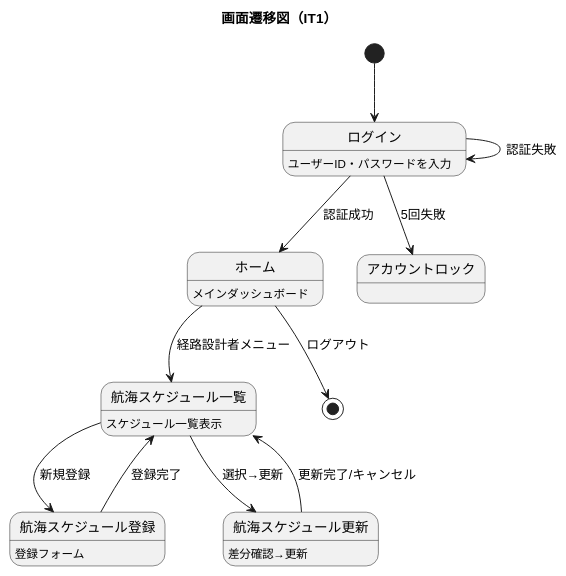
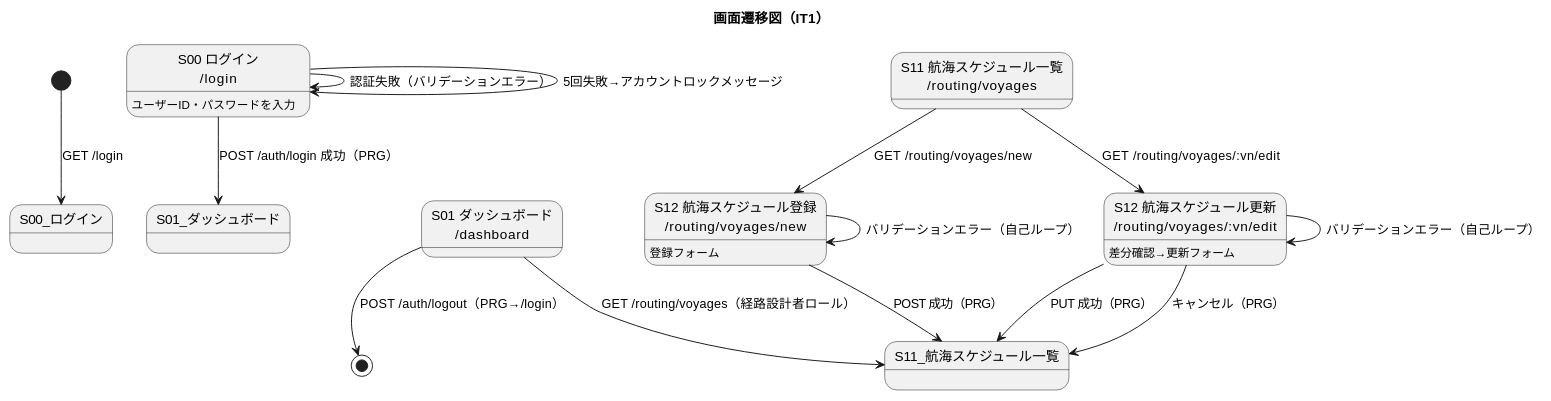
The seventh of 7 diagrams in docs/development/iteration_plan-1.md (k2works/case-study-cargo-tracker), drawn with PlantUML before and after one commit. The commit also changed other lines of this file, not shown here.

````diff
--- a/docs/development/iteration_plan-1.md
+++ b/docs/development/iteration_plan-1.md
@@ -299,26 +487,29 @@
 ```plantuml
 @startuml
 title 画面遷移図（IT1）
 
-[*] --> ログイン
+[*] --> S00_ログイン : GET /login
 
-state ログイン : ユーザーID・パスワードを入力
-ログイン --> ホーム : 認証成功
-ログイン --> ログイン : 認証失敗
-ログイン --> アカウントロック : 5回失敗
+state "S00 ログイン\n/login" as S00 : ユーザーID・パスワードを入力
+S00 --> S00 : 認証失敗（バリデーションエラー）
+S00 --> S00 : 5回失敗→アカウントロックメッセージ
+S00 --> S01_ダッシュボード : POST /auth/login 成功（PRG）
 
-state ホーム : メインダッシュボード
-ホーム --> 航海スケジュール一覧 : 経路設計者メニュー
-ホーム --> [*] : ログアウト
+state "S01 ダッシュボード\n/dashboard" as S01
+S01 --> S11_航海スケジュール一覧 : GET /routing/voyages（経路設計者ロール）
+S01 --> [*] : POST /auth/logout（PRG→/login）
 
-state 航海スケジュール一覧 : スケジュール一覧表示
-航海スケジュール一覧 --> 航海スケジュール登録 : 新規登録
-航海スケジュール一覧 --> 航海スケジュール更新 : 選択→更新
+state "S11 航海スケジュール一覧\n/routing/voyages" as S11
+S11 --> S12_新規登録 : GET /routing/voyages/new
+S11 --> S12_編集 : GET /routing/voyages/:vn/edit
 
-state 航海スケジュール登録 : 登録フォーム
-航海スケジュール登録 --> 航海スケジュール一覧 : 登録完了
+state "S12 航海スケジュール登録\n/routing/voyages/new" as S12_新規登録 : 登録フォーム
+S12_新規登録 --> S12_新規登録 : バリデーションエラー（自己ループ）
+S12_新規登録 --> S11_航海スケジュール一覧 : POST 成功（PRG）
 
-state 航海スケジュール更新 : 差分確認→更新
-航海スケジュール更新 --> 航海スケジュール一覧 : 更新完了/キャンセル
+state "S12 航海スケジュール更新\n/routing/voyages/:vn/edit" as S12_編集 : 差分確認→更新フォーム
+S12_編集 --> S12_編集 : バリデーションエラー（自己ループ）
+S12_編集 --> S11_航海スケジュール一覧 : PUT 成功（PRG）
+S12_編集 --> S11_航海スケジュール一覧 : キャンセル（PRG）
 @enduml
 ```
````
